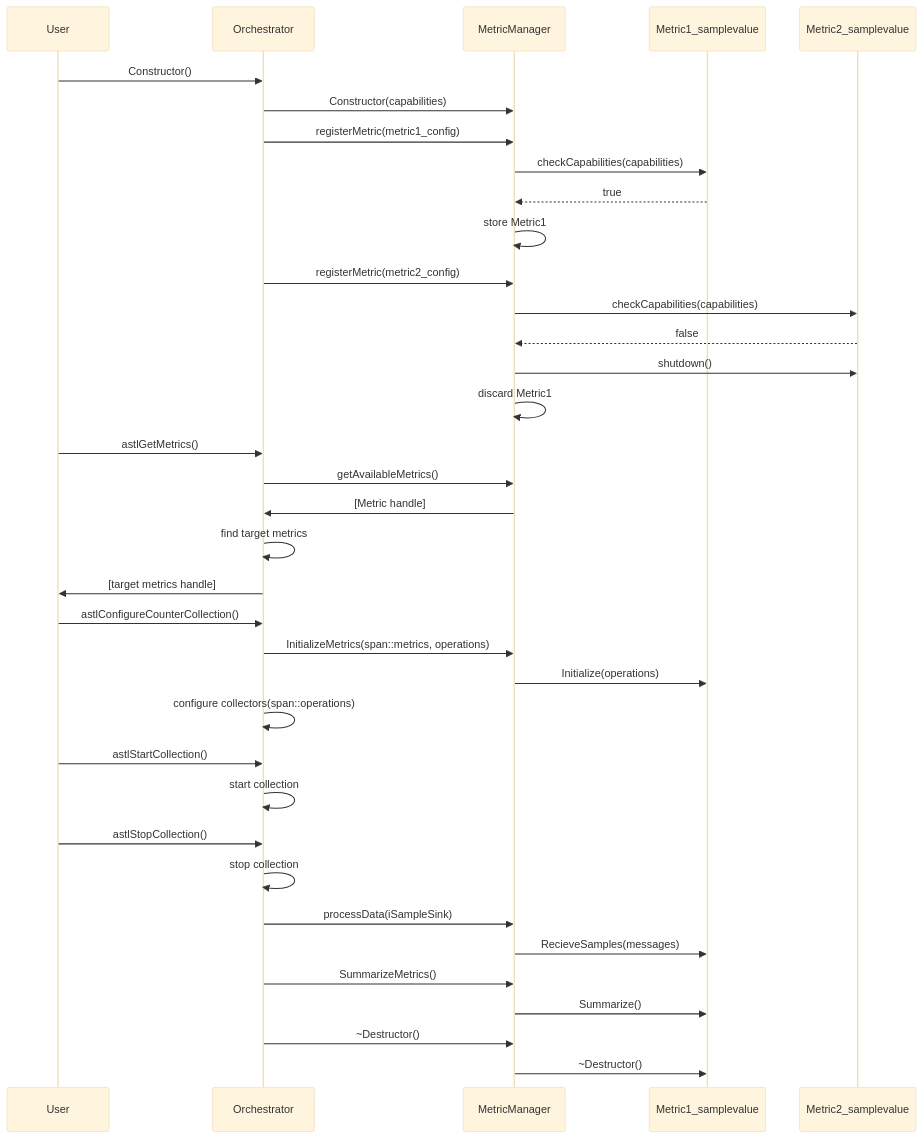
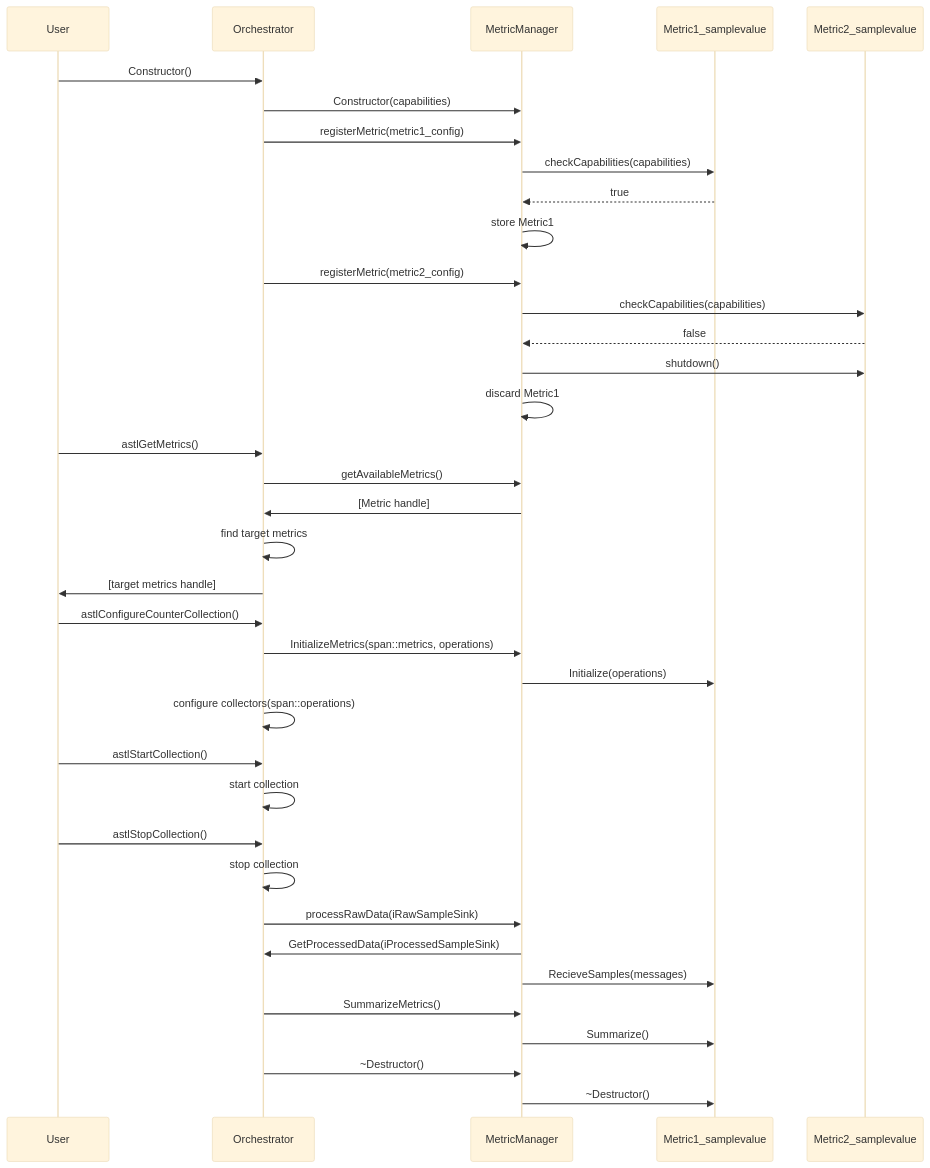
The diagram in doc/design/MetricManager_sequence.mmd (arm/ASTL), drawn with Mermaid (base theme) before and after one commit. The commit also changed 82 other files, not shown here.

First line of the commit message:
[ASTL-162] Implement output manager, buffer output and processed samples sink

```diff
--- a/doc/design/MetricManager_sequence.mmd
+++ b/doc/design/MetricManager_sequence.mmd
@@ -1,45 +1,46 @@
 sequenceDiagram
     participant User
     participant Orchestrator
     participant MetricManager
     participant Metric1 as Metric1_samplevalue
     participant Metric2 as Metric2_samplevalue
 
     User->>Orchestrator: Constructor()
     Orchestrator->>MetricManager: Constructor(capabilities)
     Orchestrator->>MetricManager: registerMetric(metric1_config)
     MetricManager->>Metric1: checkCapabilities(capabilities)
     Metric1-->>MetricManager: true
     MetricManager->>MetricManager: store Metric1
     Orchestrator->>MetricManager: registerMetric(metric2_config)
     MetricManager->>Metric2: checkCapabilities(capabilities)
     Metric2-->>MetricManager: false
     MetricManager->>Metric2: shutdown()
     MetricManager->>MetricManager: discard Metric1
 
     User->>Orchestrator: astlGetMetrics()
     Orchestrator->>MetricManager: getAvailableMetrics()
     MetricManager->>Orchestrator: [Metric handle]
     Orchestrator->>Orchestrator: find target metrics
     Orchestrator->>User: [target metrics handle]
 
     User->>Orchestrator: astlConfigureCounterCollection()
     Orchestrator->>MetricManager: InitializeMetrics(span::metrics, operations)
     MetricManager->>Metric1: Initialize(operations)
     Orchestrator->>Orchestrator: configure collectors(span::operations)
 
     User->>Orchestrator: astlStartCollection()
     Orchestrator->>Orchestrator: start collection
 
     User->>Orchestrator: astlStopCollection()
     Orchestrator->>Orchestrator: stop collection
-    Orchestrator->>MetricManager: processData(iSampleSink)
+    Orchestrator->>MetricManager: processRawData(iRawSampleSink)
+    MetricManager->>Orchestrator: GetProcessedData(iProcessedSampleSink)
     MetricManager->>Metric1: RecieveSamples(messages)
 
 
     Orchestrator->>MetricManager: SummarizeMetrics()
     MetricManager->>Metric1: Summarize()
  
 
     Orchestrator->>MetricManager: ~Destructor()
     MetricManager->>Metric1: ~Destructor()
```
